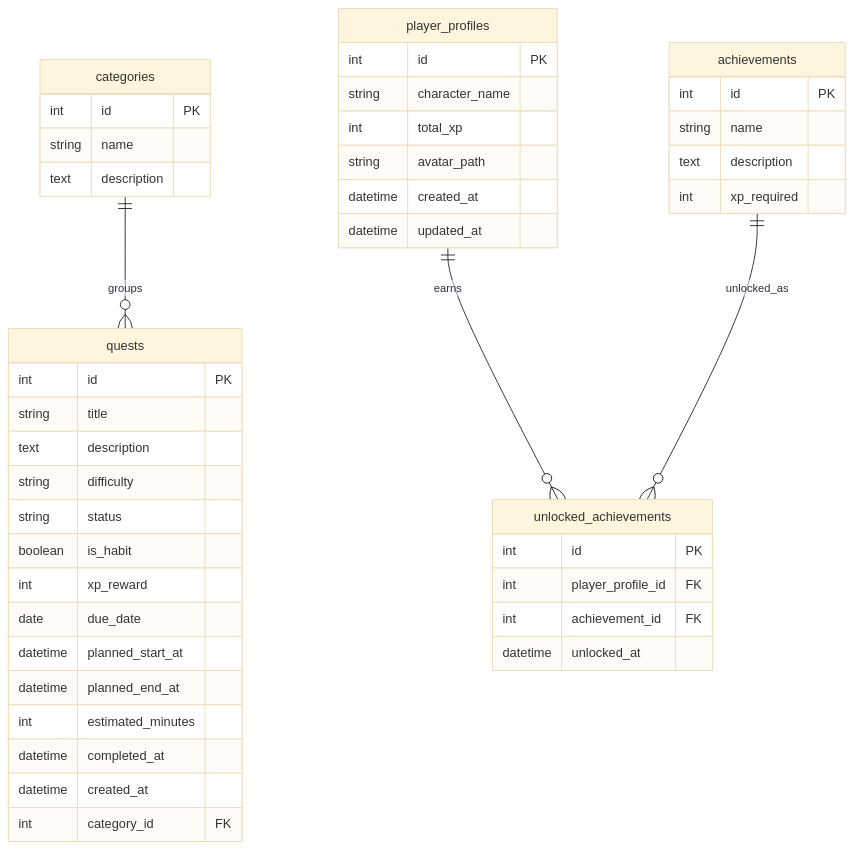
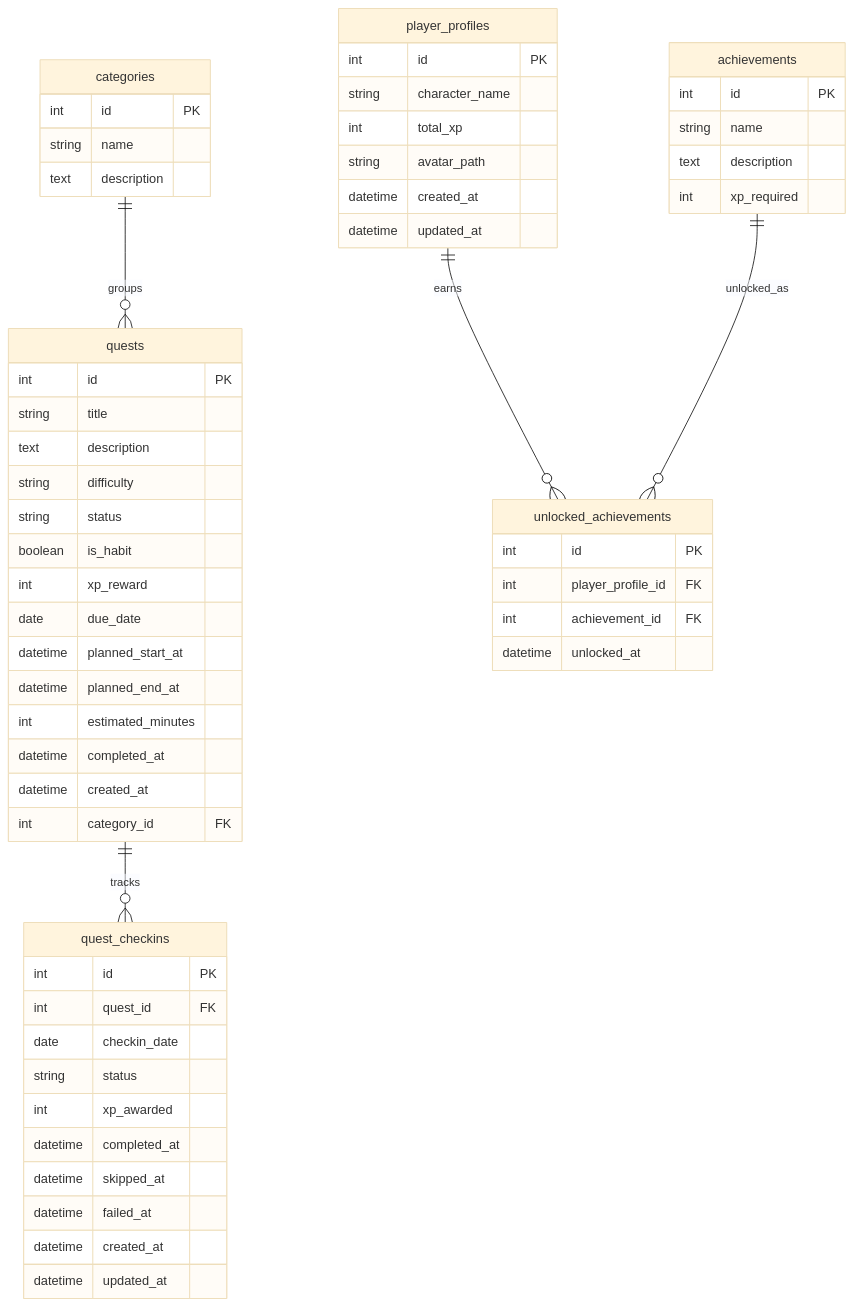
Before and after one commit to BaseMar/habit-quest-analytics: the diagram in docs/data_model.md, drawn with Mermaid (base theme). The commit also changed other lines of this file and 4 other files, not shown here.

First line of the commit message:
feat: add quest checkin model

````diff
--- a/docs/data_model.md
+++ b/docs/data_model.md
@@ -97,52 +120,66 @@
 ```mermaid
 erDiagram
     categories ||--o{ quests : groups
+    quests ||--o{ quest_checkins : tracks
     player_profiles ||--o{ unlocked_achievements : earns
     achievements ||--o{ unlocked_achievements : unlocked_as
 
     categories {
         int id PK
         string name
         text description
     }
 
     quests {
         int id PK
         string title
         text description
         string difficulty
         string status
         boolean is_habit
         int xp_reward
         date due_date
         datetime planned_start_at
         datetime planned_end_at
         int estimated_minutes
         datetime completed_at
         datetime created_at
         int category_id FK
     }
 
+    quest_checkins {
+        int id PK
+        int quest_id FK
+        date checkin_date
+        string status
+        int xp_awarded
+        datetime completed_at
+        datetime skipped_at
+        datetime failed_at
+        datetime created_at
+        datetime updated_at
+    }
+
     player_profiles {
         int id PK
         string character_name
         int total_xp
         string avatar_path
         datetime created_at
         datetime updated_at
     }
 
     achievements {
         int id PK
         string name
         text description
         int xp_required
     }
 
     unlocked_achievements {
         int id PK
         int player_profile_id FK
         int achievement_id FK
         datetime unlocked_at
     }
 ```
````
